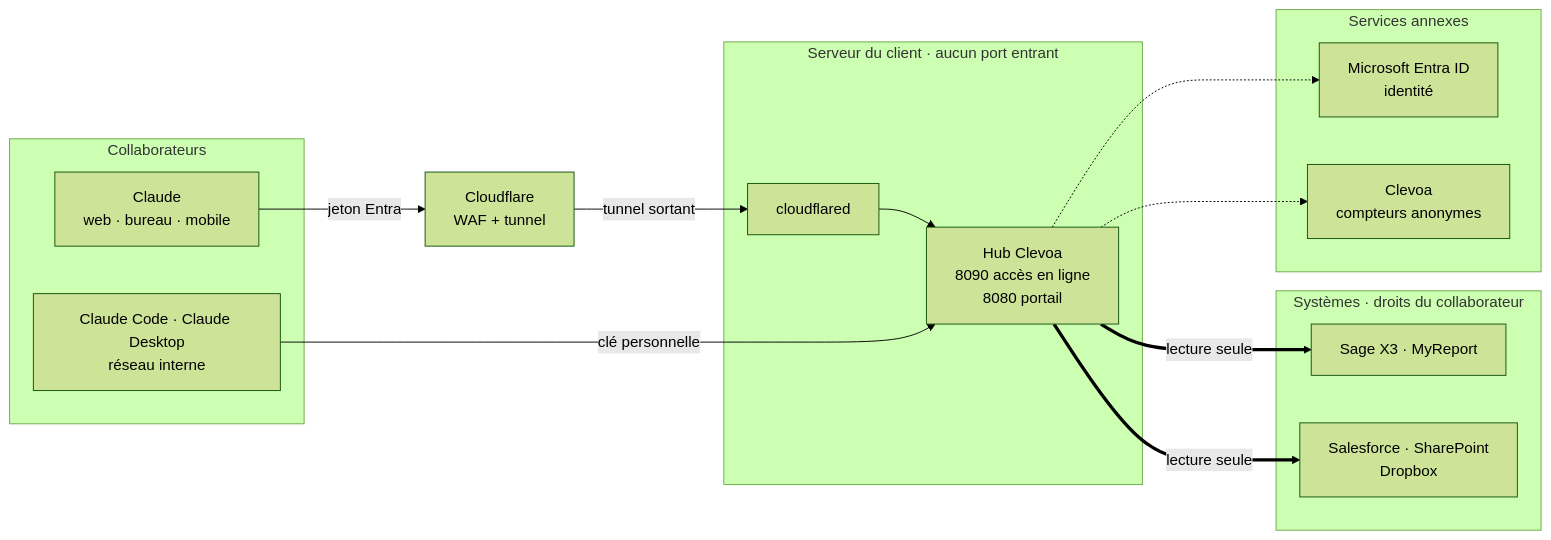
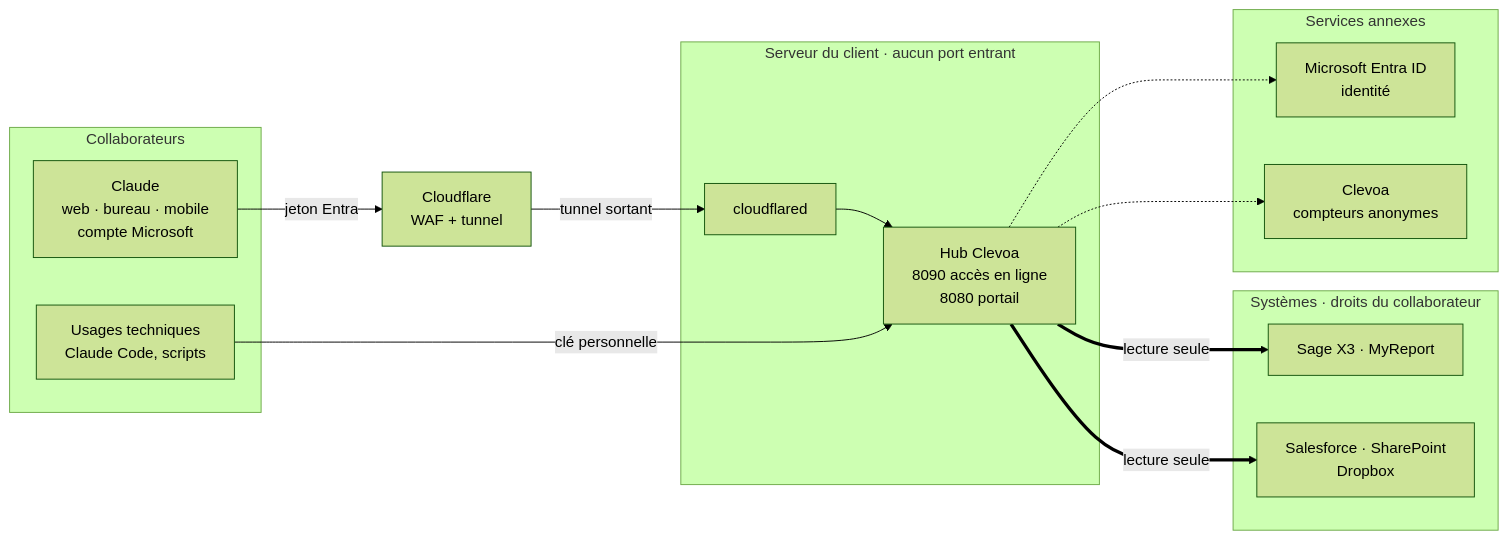
One commit to sirkazey/Clevoa-IA-gateway changed the diagram in docs/developer/architecture.md. Above: the diagram before and after it, drawn with Mermaid (forest theme). The commit also changed other lines of this file, not shown here.

First line of the commit message:
Architecture : un seul parcours pour toutes les applications Claude, la clé réservée aux usages techniques

````diff
--- a/docs/developer/architecture.md
+++ b/docs/developer/architecture.md
@@ -11,27 +11,27 @@
 ```mermaid
 flowchart LR
     subgraph U["Collaborateurs"]
-        W["Claude<br/>web · bureau · mobile"]
-        D["Claude Code · Claude Desktop<br/>réseau interne"]
+        W["Claude<br/>web · bureau · mobile<br/>compte Microsoft"]
+        D["Usages techniques<br/>Claude Code, scripts"]
     end
     T["Cloudflare<br/>WAF + tunnel"]
     subgraph CL["Serveur du client · aucun port entrant"]
         CD["cloudflared"]
         H["Hub Clevoa<br/>8090 accès en ligne<br/>8080 portail"]
     end
     subgraph S["Systèmes · droits du collaborateur"]
         X3["Sage X3 · MyReport"]
         SA["Salesforce · SharePoint<br/>Dropbox"]
     end
     subgraph EXT["Services annexes"]
         E["Microsoft Entra ID<br/>identité"]
         CV["Clevoa<br/>compteurs anonymes"]
     end
 
     W -->|"jeton Entra"| T -->|"tunnel sortant"| CD --> H
     D -->|"clé personnelle"| H
     H ==>|"lecture seule"| X3
     H ==>|"lecture seule"| SA
     H -.-> E
     H -.-> CV
 ```
````
